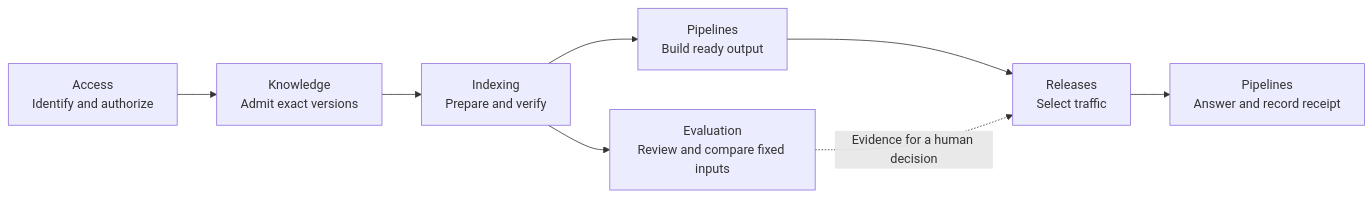
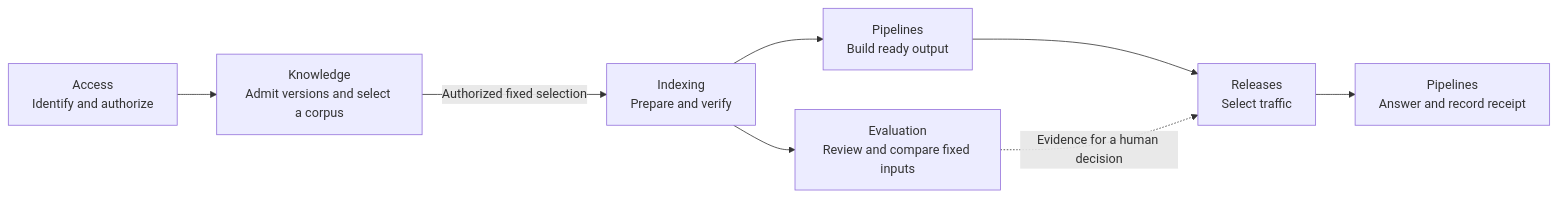
The diagram in .agents/skills/inframeld-architecture/references/document-to-answer.md (matejpalenik/inframeld), drawn with Mermaid before and after one commit. The commit also changed other lines of this file and 290 other files, not shown here.

````diff
--- a/.agents/skills/inframeld-architecture/references/document-to-answer.md
+++ b/.agents/skills/inframeld-architecture/references/document-to-answer.md
@@ -7,10 +11,10 @@
 ```mermaid
 flowchart LR
-    Access["Access<br/>Identify and authorize"] --> Knowledge["Knowledge<br/>Admit exact versions"]
-    Knowledge --> Indexing["Indexing<br/>Prepare and verify"]
+    Access["Access<br/>Identify and authorize"] --> Knowledge["Knowledge<br/>Admit versions and select a corpus"]
+    Knowledge -->|"Authorized fixed selection"| Indexing["Indexing<br/>Prepare and verify"]
     Indexing --> Pipeline["Pipelines<br/>Build ready output"]
     Pipeline --> Releases["Releases<br/>Select traffic"]
     Releases --> Answer["Pipelines<br/>Answer and record receipt"]
     Indexing --> Evaluation["Evaluation<br/>Review and compare fixed inputs"]
     Evaluation -.->|"Evidence for a human decision"| Releases
 ```
````
